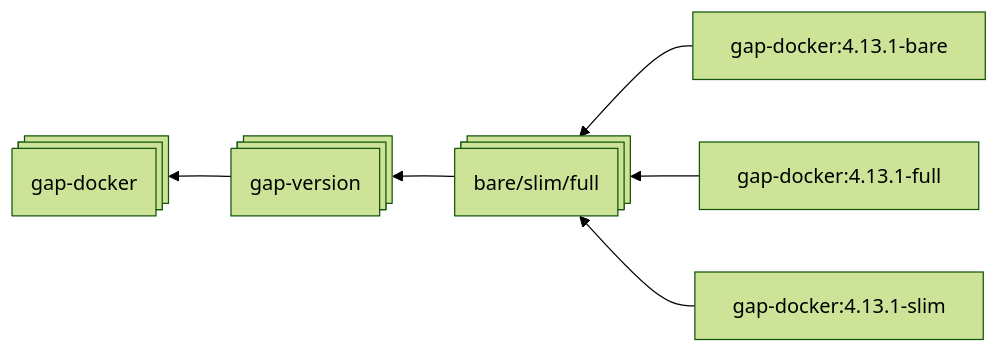
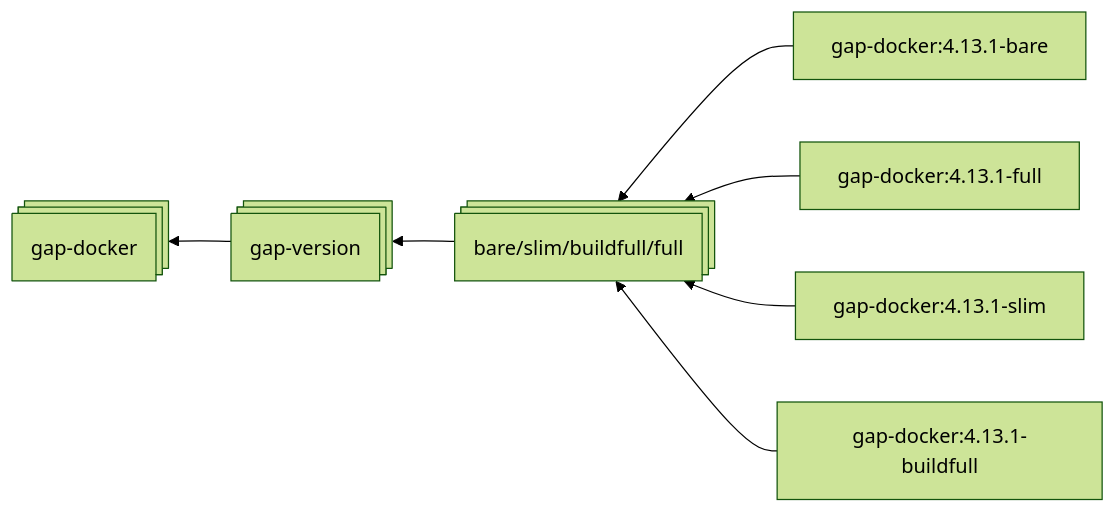
Before and after one commit to gap-system/docker: the diagram in README.md, drawn with Mermaid (forest theme). The commit also changed 2 other files, not shown here.

Commit message:
feat: Add buildfull target (#101)

````diff
--- a/README.md
+++ b/README.md
@@ -7,12 +7,13 @@
 ```mermaid
     graph RL
-        V1[gap-docker:4.13.1-bare] --> T
-        V2[gap-docker:4.13.1-full] --> T
-        V3[gap-docker:4.13.1-slim] --> T
+        V1[gap-docker:4.13.1-bare]      --> T
+        V2[gap-docker:4.13.1-full]      --> T
+        V3[gap-docker:4.13.1-slim]      --> T
+        V4[gap-docker:4.13.1-buildfull] --> T
         T --> V
         V --> G
         
         G@{ shape: processes, label: "gap-docker"}
         V@{ shape: processes, label: "gap-version"}
-        T@{ shape: processes, label: "bare/slim/full"}
+        T@{ shape: processes, label: "bare/slim/buildfull/full"}
 ```
````
